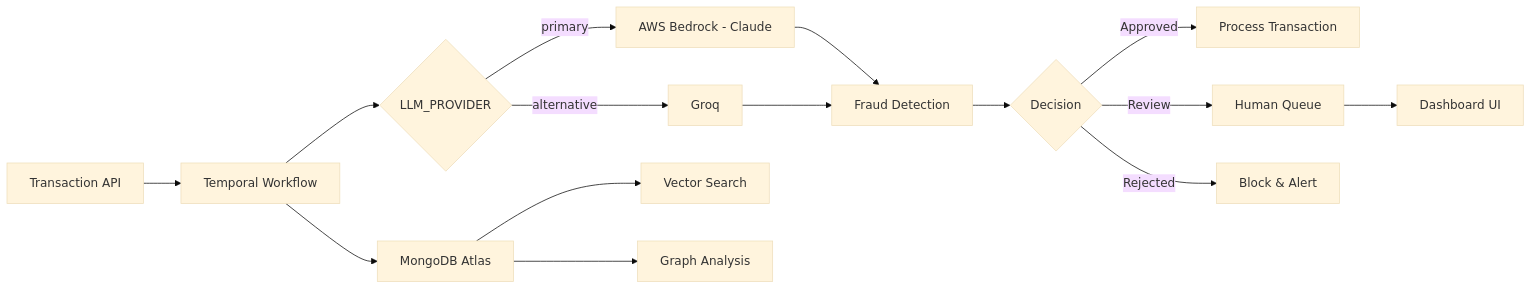
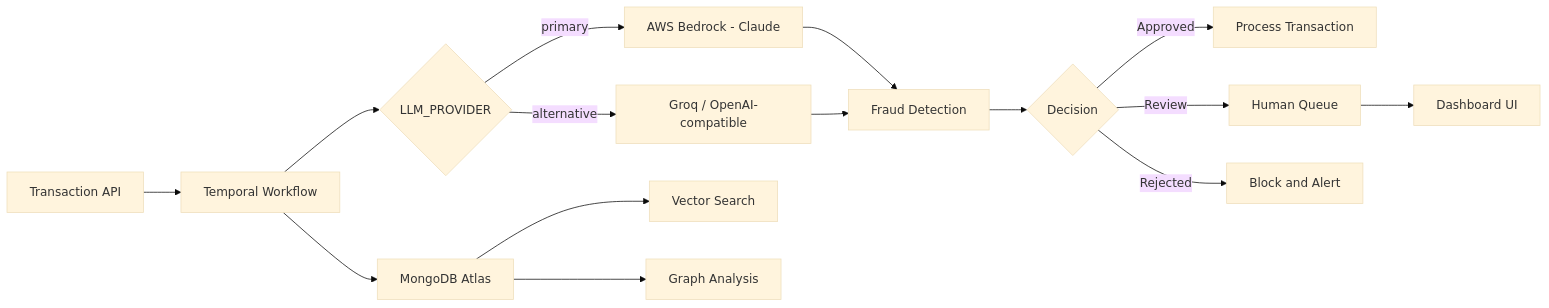
One commit to Studio1HQ/temporal-ai-mongo changed the diagram in README.md. Above: the diagram before and after it, drawn with Mermaid (base theme). The commit also changed other lines of this file, not shown here.

````diff
--- a/README.md
+++ b/README.md
@@ -145,17 +197,17 @@
 ```mermaid
 graph LR
     A[Transaction API] --> B[Temporal Workflow]
     B --> C[MongoDB Atlas]
     B --> D{LLM_PROVIDER}
     D -->|primary| D1[AWS Bedrock - Claude]
-    D -->|alternative| D2[Groq]
+    D -->|alternative| D2[Groq / OpenAI-compatible]
     C --> E[Vector Search]
     C --> F[Graph Analysis]
     D1 --> G[Fraud Detection]
-    D2 --> G[Fraud Detection]
+    D2 --> G
     G --> H{Decision}
     H -->|Approved| I[Process Transaction]
     H -->|Review| J[Human Queue]
-    H -->|Rejected| K[Block & Alert]
+    H -->|Rejected| K[Block and Alert]
     J --> L[Dashboard UI]
 ```
````
